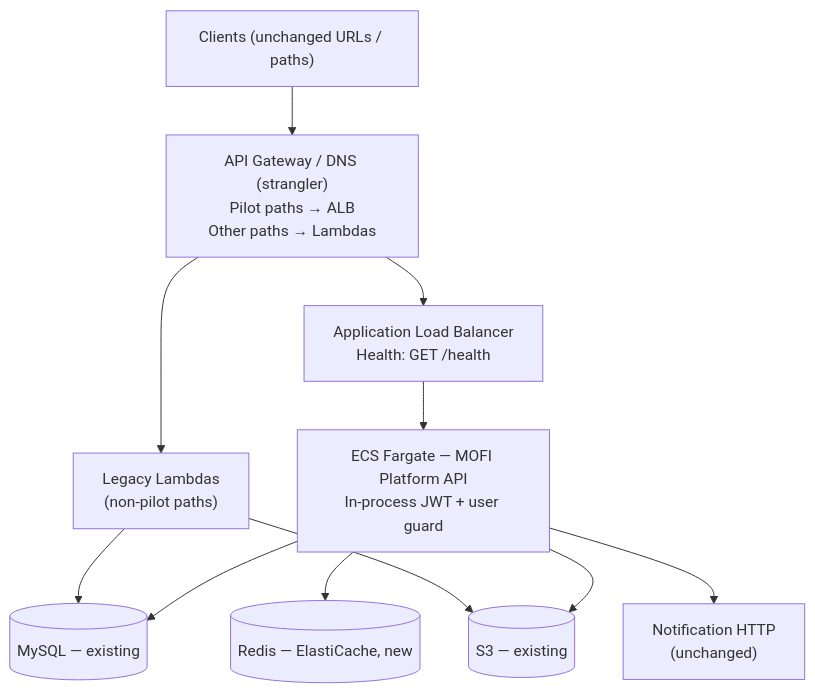
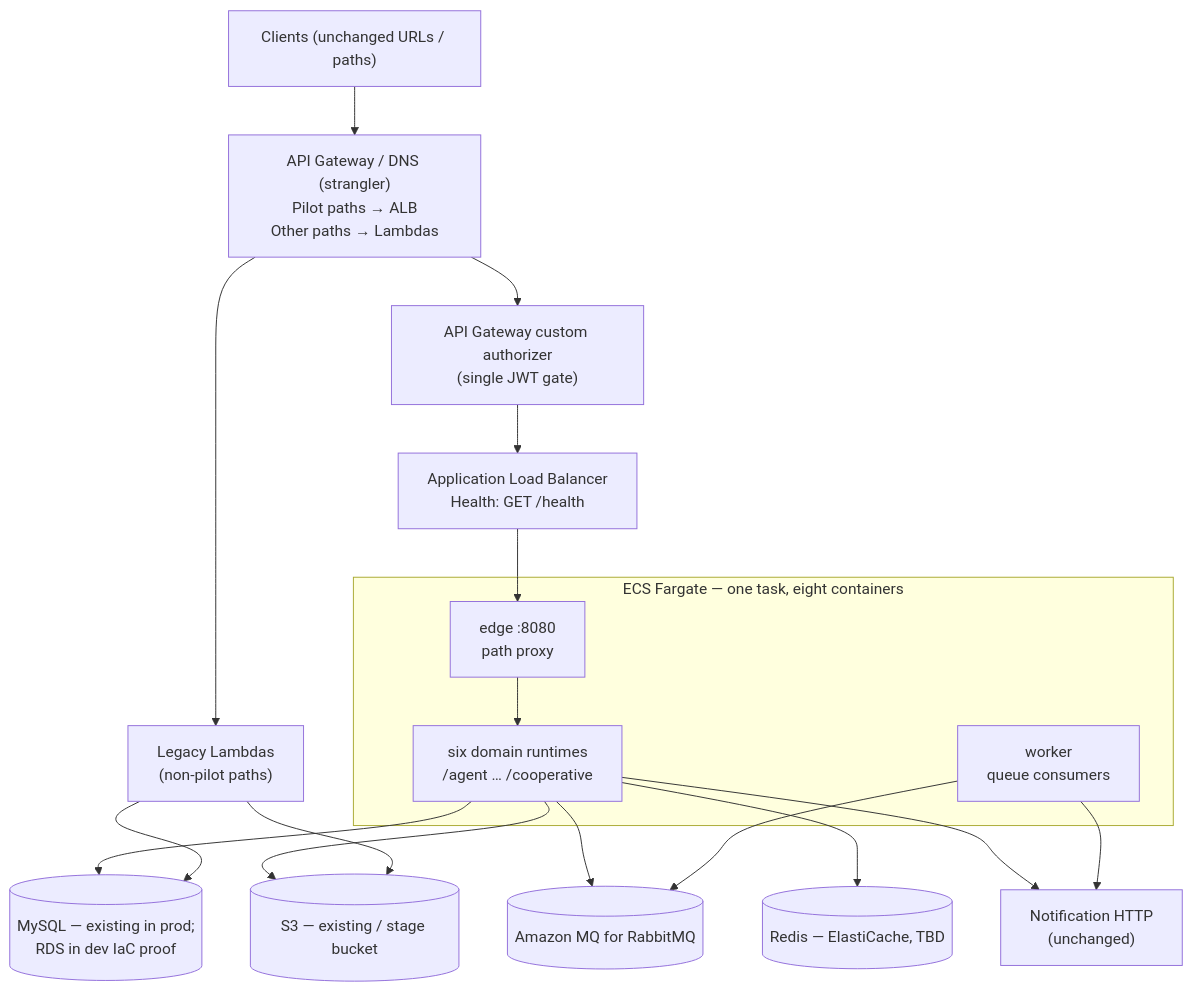
The diagram in docs/diagrams/mofi-ecs-migration-pilot.mmd (Valentine-Efagene/mreif-pilot), drawn with Mermaid before and after one commit. The commit also changed 53 other files, not shown here.

First line of the commit message:
Refactor messaging and domain command handling in MOFI platform

```diff
--- a/docs/diagrams/mofi-ecs-migration-pilot.mmd
+++ b/docs/diagrams/mofi-ecs-migration-pilot.mmd
@@ -1,21 +1,32 @@
 flowchart TB
   Clients["Clients (unchanged URLs / paths)"]
+  Authorizer["API Gateway custom authorizer\n(single JWT gate)"]
   Route["API Gateway / DNS (strangler)\nPilot paths → ALB\nOther paths → Lambdas"]
   ALB["Application Load Balancer\nHealth: GET /health"]
-  ECS["ECS Fargate — MOFI Platform API\nIn-process JWT + user guard"]
+  subgraph ECS["ECS Fargate — one task, eight containers"]
+    Edge["edge :8080\npath proxy"]
+    Domains["six domain runtimes\n/agent … /cooperative"]
+    Worker["worker\nqueue consumers"]
+  end
   Legacy["Legacy Lambdas\n(non-pilot paths)"]
-  MySQL[(MySQL — existing)]
-  S3[(S3 — existing)]
-  Redis[(Redis — ElastiCache, new)]
+  MySQL[(MySQL — existing in prod;\nRDS in dev IaC proof)]
+  S3[(S3 — existing / stage bucket)]
+  RMQ[(Amazon MQ for RabbitMQ)]
+  Redis[(Redis — ElastiCache, TBD)]
   Notify["Notification HTTP\n(unchanged)"]
 
   Clients --> Route
-  Route --> ALB
+  Route --> Authorizer
+  Authorizer --> ALB
   Route --> Legacy
-  ALB --> ECS
-  ECS --> MySQL
-  ECS --> S3
-  ECS --> Redis
-  ECS --> Notify
+  ALB --> Edge
+  Edge --> Domains
+  Domains --> MySQL
+  Domains --> S3
+  Domains --> RMQ
+  Domains --> Redis
+  Domains --> Notify
+  Worker --> RMQ
+  Worker --> Notify
   Legacy --> MySQL
   Legacy --> S3
```
